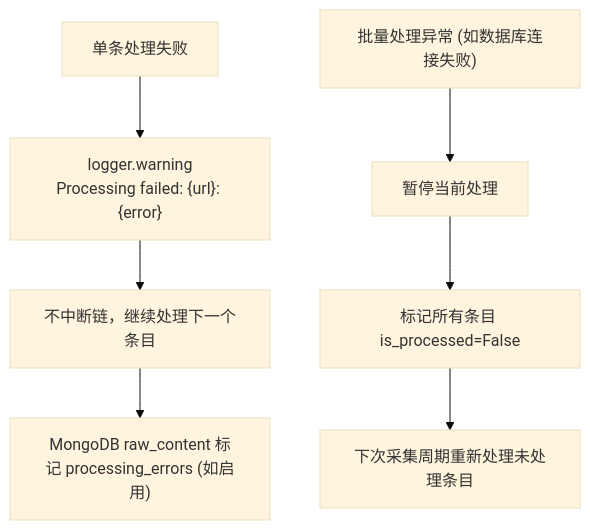
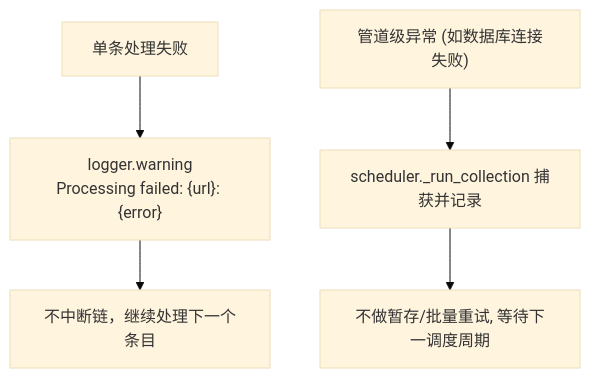
Before and after one commit to onceme/instantboard: the eighth of 12 diagrams in docs/design/data-flow.md, drawn with Mermaid (base theme). The commit also changed other lines of this file and 14 other files, not shown here.

````diff
--- a/docs/design/data-flow.md
+++ b/docs/design/data-flow.md
@@ -556,12 +498,10 @@
 ```mermaid
 graph TD
     SingleFail["单条处理失败"]
     SingleFail --> LogWarning["logger.warning<br>Processing failed: {url}: {error}"]
     LogWarning --> ContinueChain["不中断链，继续处理下一个条目"]
-    ContinueChain --> MarkMongo["MongoDB raw_content 标记 processing_errors (如启用)"]
 
-    BatchFail["批量处理异常 (如数据库连接失败)"]
-    BatchFail --> Pause["暂停当前处理"]
-    Pause --> MarkUnprocessed["标记所有条目 is_processed=False"]
-    MarkUnprocessed --> RetryNext["下次采集周期重新处理未处理条目"]
+    BatchFail["管道级异常 (如数据库连接失败)"]
+    BatchFail --> LogError["scheduler._run_collection 捕获并记录"]
+    LogError --> RetryNext["不做暂存/批量重试, 等待下一调度周期"]
 ```
````
